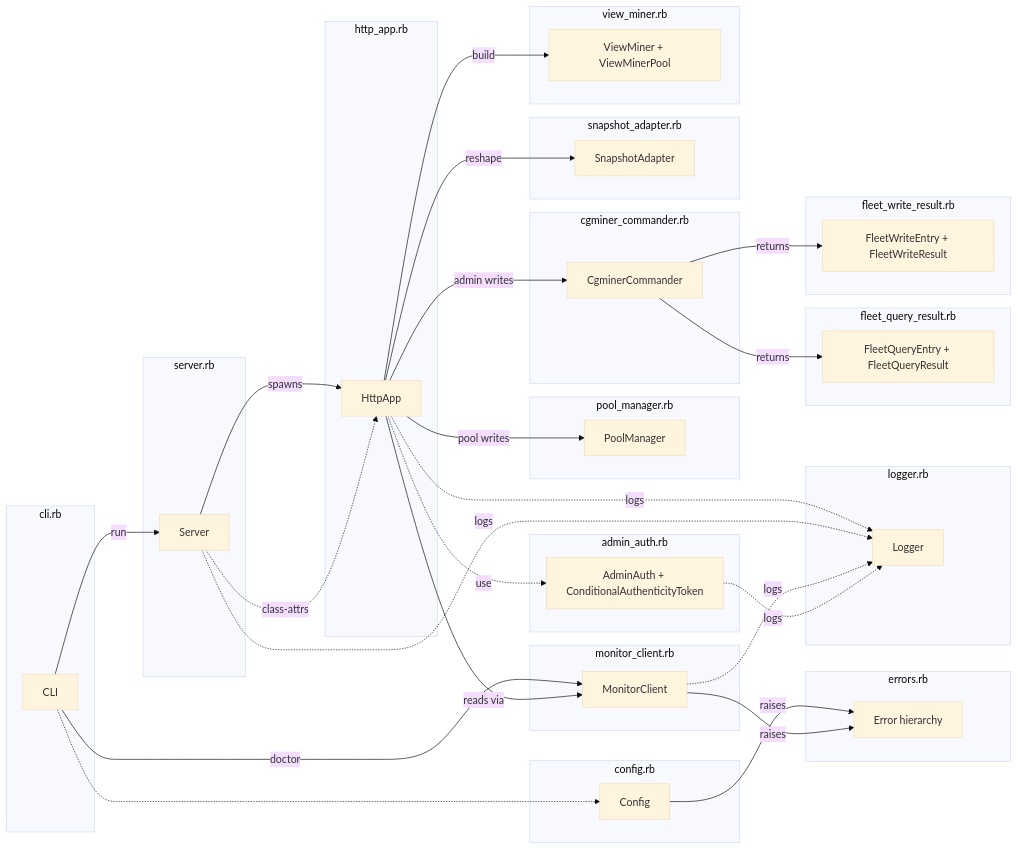
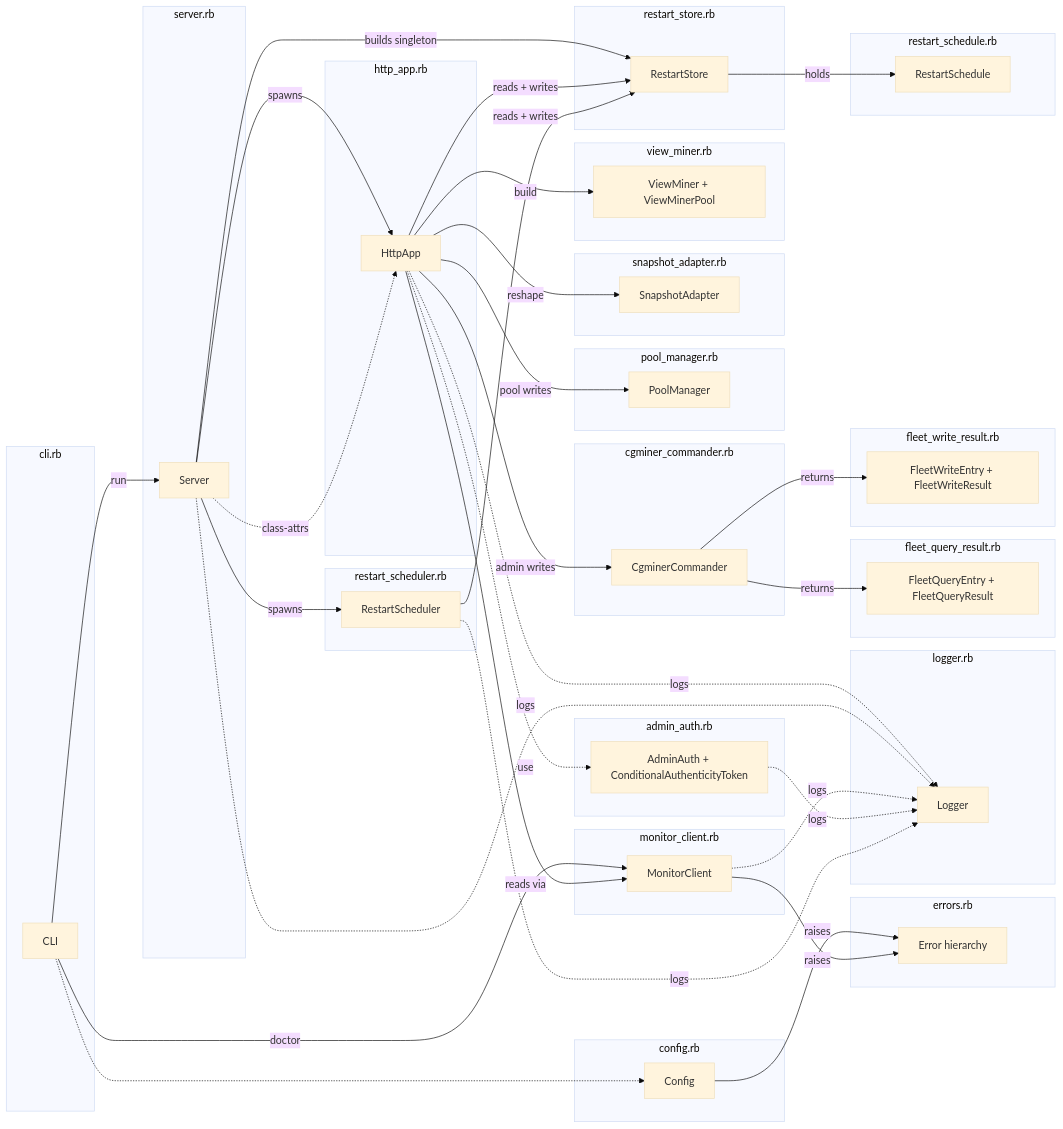
One commit to jramos/cgminer_manager changed the diagram in docs/components.md. Above: the diagram before and after it, drawn with Mermaid (base theme). The commit also changed other lines of this file and 5 other files, not shown here.

````diff
--- a/docs/components.md
+++ b/docs/components.md
@@ -7,65 +7,80 @@
 ```mermaid
 graph LR
     subgraph cli_rb["cli.rb"]
         CLI[CLI]
     end
     subgraph server_rb["server.rb"]
         Srv[Server]
     end
     subgraph http_app_rb["http_app.rb"]
         App[HttpApp]
     end
     subgraph config_rb["config.rb"]
         Cfg[Config]
     end
     subgraph errors_rb["errors.rb"]
         Err[Error hierarchy]
     end
     subgraph logger_rb["logger.rb"]
         Log[Logger]
     end
     subgraph monitor_client_rb["monitor_client.rb"]
         MC[MonitorClient]
     end
     subgraph pool_manager_rb["pool_manager.rb"]
         PM[PoolManager]
     end
     subgraph cgminer_commander_rb["cgminer_commander.rb"]
         Cmd[CgminerCommander]
     end
     subgraph admin_auth_rb["admin_auth.rb"]
         AA[AdminAuth + ConditionalAuthenticityToken]
     end
     subgraph snapshot_adapter_rb["snapshot_adapter.rb"]
         SA[SnapshotAdapter]
     end
     subgraph view_miner_rb["view_miner.rb"]
         VM[ViewMiner + ViewMinerPool]
     end
     subgraph fleet_query_result_rb["fleet_query_result.rb"]
         FQ[FleetQueryEntry + FleetQueryResult]
     end
     subgraph fleet_write_result_rb["fleet_write_result.rb"]
         FW[FleetWriteEntry + FleetWriteResult]
     end
+    subgraph restart_schedule_rb["restart_schedule.rb"]
+        RS[RestartSchedule]
+    end
+    subgraph restart_store_rb["restart_store.rb"]
+        RSt[RestartStore]
+    end
+    subgraph restart_scheduler_rb["restart_scheduler.rb"]
+        RSch[RestartScheduler]
+    end
 
     CLI -->|run| Srv
     CLI -->|doctor| MC
     CLI -.-> Cfg
     Srv -->|spawns| App
+    Srv -->|spawns| RSch
     Srv -.class-attrs.-> App
+    Srv -->|builds singleton| RSt
     App -.use.-> AA
     App -->|reads via| MC
     App -->|admin writes| Cmd
     App -->|pool writes| PM
     App -->|reshape| SA
     App -->|build| VM
+    App -->|reads + writes| RSt
+    RSch -->|reads + writes| RSt
+    RSt -->|holds| RS
     Cmd -->|returns| FQ
     Cmd -->|returns| FW
     Cfg -->|raises| Err
     MC -->|raises| Err
     App -.logs.-> Log
     Srv -.logs.-> Log
     MC -.logs.-> Log
     AA -.logs.-> Log
+    RSch -.logs.-> Log
 ```
````
